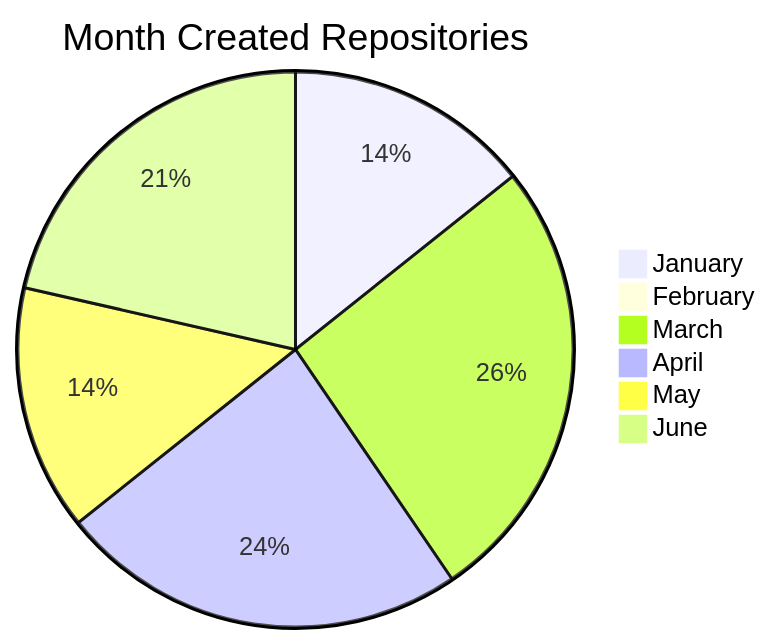
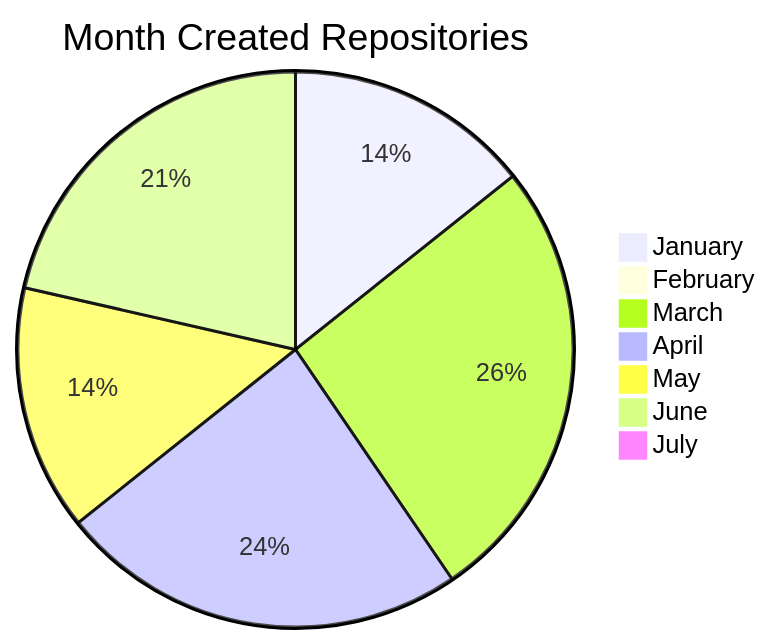
One commit to BackdevHong/WOC changed the second of 2 diagrams in README.md. Above: the diagram before and after it, drawn with Mermaid. The commit also changed other lines of this file, not shown here.

````diff
--- a/README.md
+++ b/README.md
@@ -21,9 +23,10 @@
 ```mermaid
 pie title Month Created Repositories
     "January" : 6
     "February" : 0
     "March" : 11
     "April" : 10
     "May" : 6
     "June" : 9
+    "July" : 0
 ```
````
